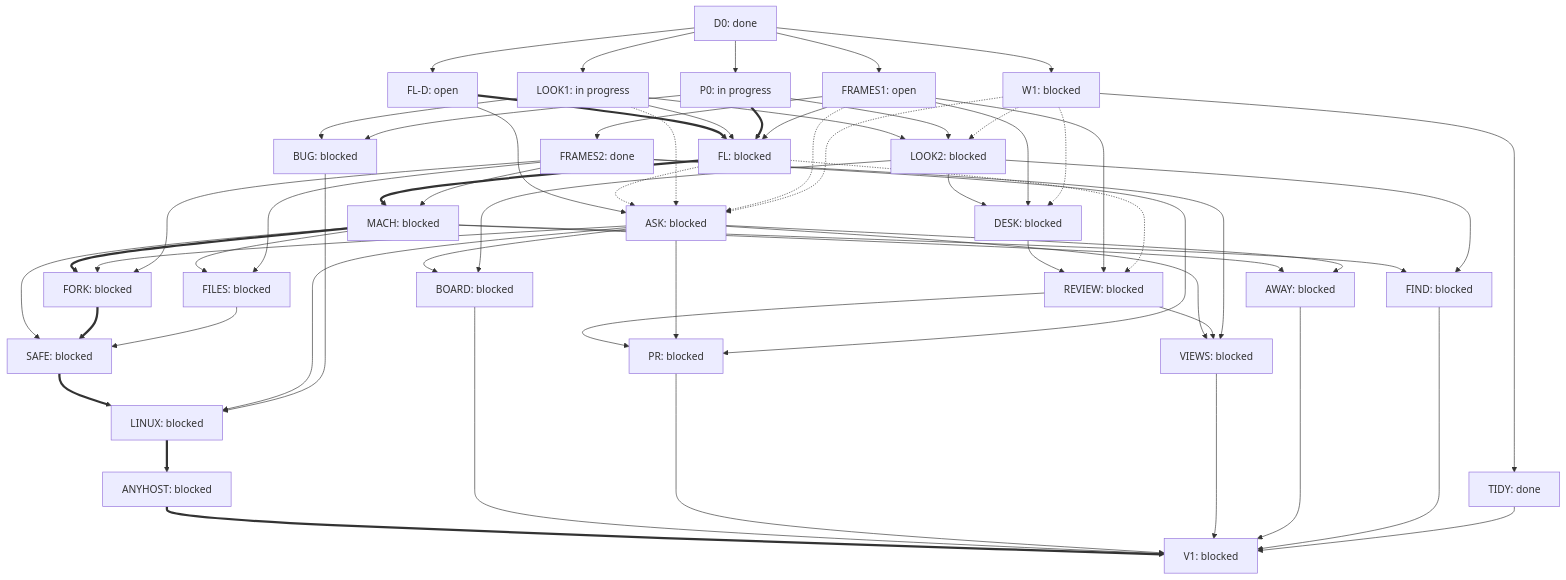
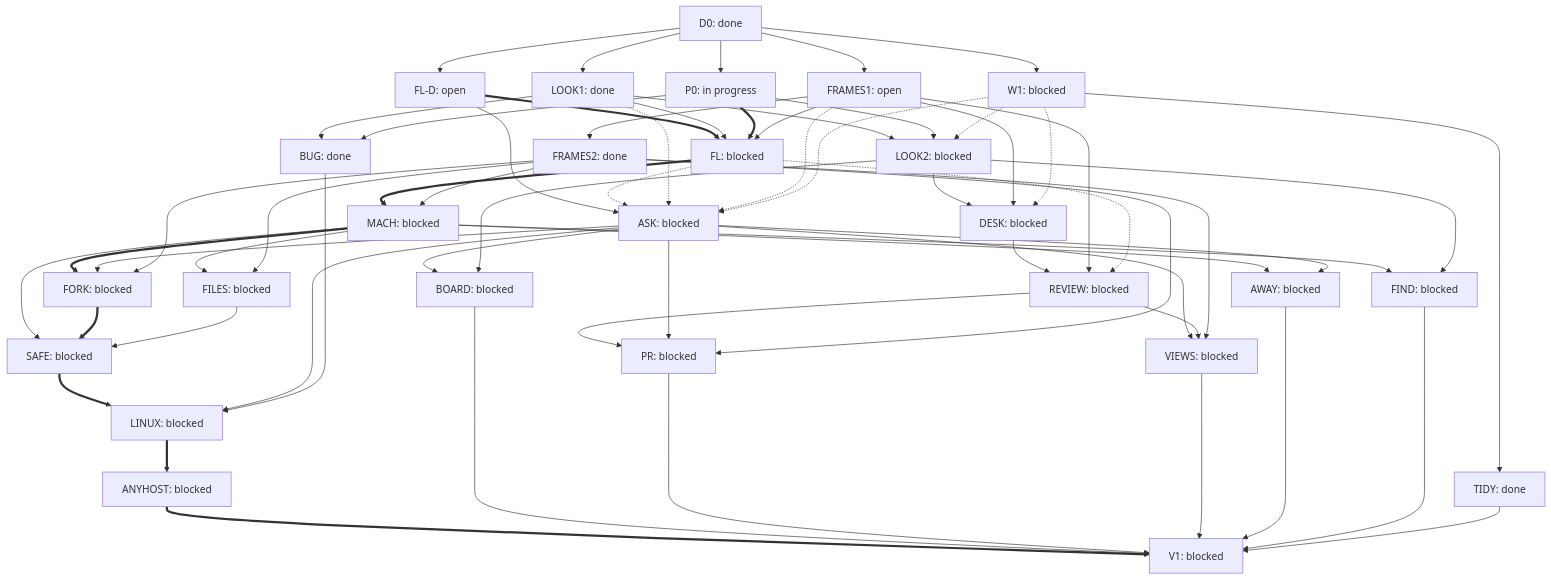
The diagram in apps/humata2/workflow/DAG.md (uhvesta/atmosphere), drawn with Mermaid before and after one commit. The commit also changed other lines of this file and 4 other files, not shown here.

Commit message:
Humata 2: gaps review log: name the FL, BUG and LOOK1 commit; close LOOK1 and BUG

```diff
--- a/apps/humata2/workflow/DAG.md
+++ b/apps/humata2/workflow/DAG.md
@@ -98,11 +98,11 @@
   W1["W1: blocked"]
   FRAMES1["FRAMES1: open"]
   FRAMES2["FRAMES2: done"]
-  LOOK1["LOOK1: in progress"]
+  LOOK1["LOOK1: done"]
   LOOK2["LOOK2: blocked"]
   FLD["FL-D: open"]
   FL["FL: blocked"]
-  BUG["BUG: blocked"]
+  BUG["BUG: done"]
   TIDY["TIDY: done"]
   DESK["DESK: blocked"]
   ASK["ASK: blocked"]
```
